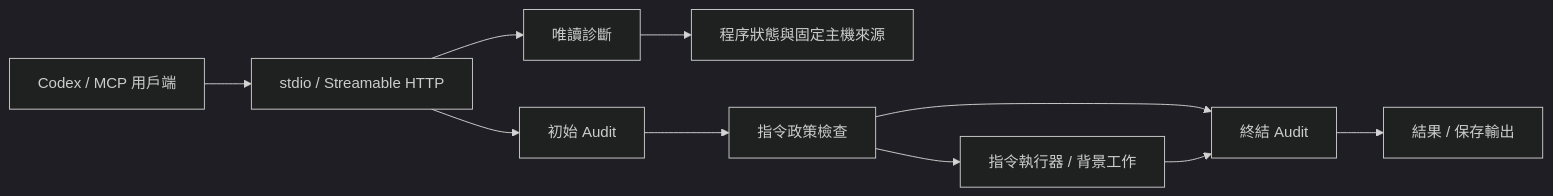
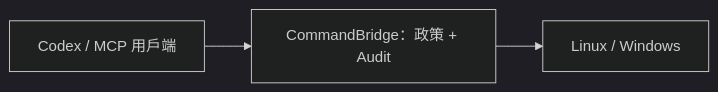
Before and after one commit to HsinPu/command-bridge-mcp-server: the diagram in README.zh-TW.md, drawn with Mermaid (dark theme). The commit also changed other lines of this file and 13 other files, not shown here.

````diff
--- a/README.zh-TW.md
+++ b/README.zh-TW.md
@@ -45,12 +21,5 @@
 ```mermaid
 flowchart LR
-    Client["Codex / MCP 用戶端"] --> Transport["stdio / Streamable HTTP"]
-    Transport --> Diagnostics["唯讀診斷"]
-    Diagnostics --> State["程序狀態與固定主機來源"]
-    Transport --> Attempt["初始 Audit"]
-    Attempt --> Policy["指令政策檢查"]
-    Policy --> Executor["指令執行器 / 背景工作"]
-    Policy --> Terminal["終結 Audit"]
-    Executor --> Terminal
-    Terminal --> Result["結果 / 保存輸出"]
+    Client["Codex / MCP 用戶端"] --> Server["CommandBridge：政策 + Audit"]
+    Server --> Host["Linux / Windows"]
 ```
````
